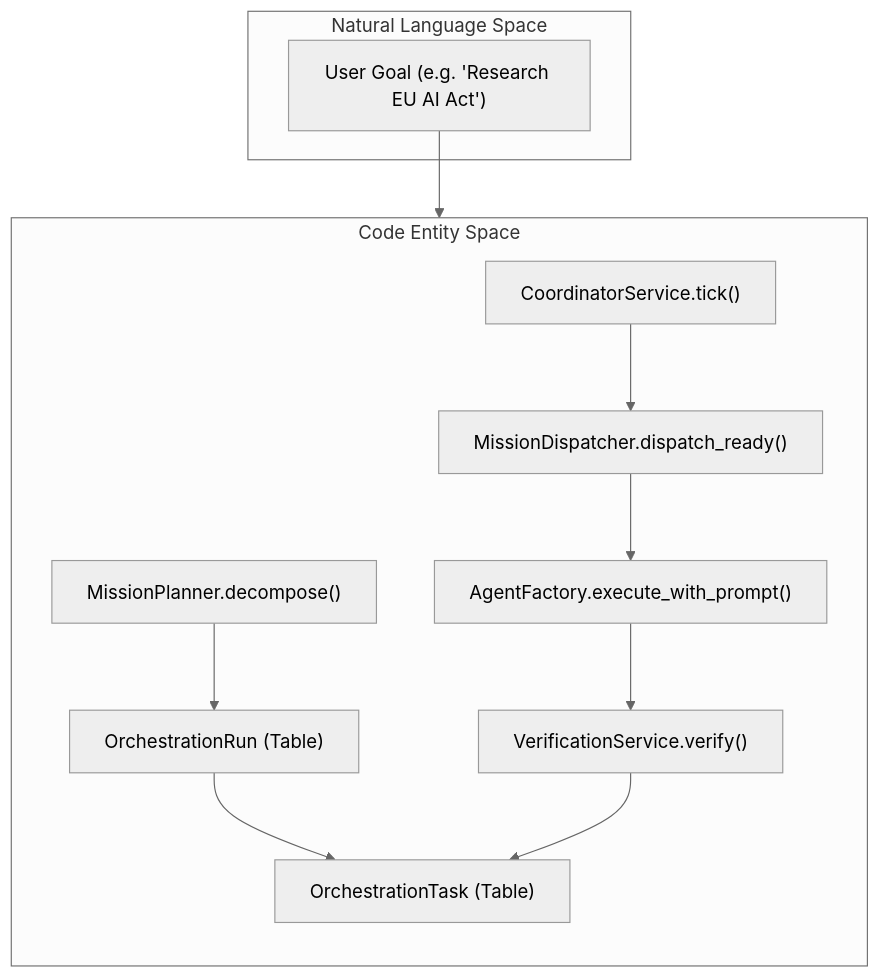
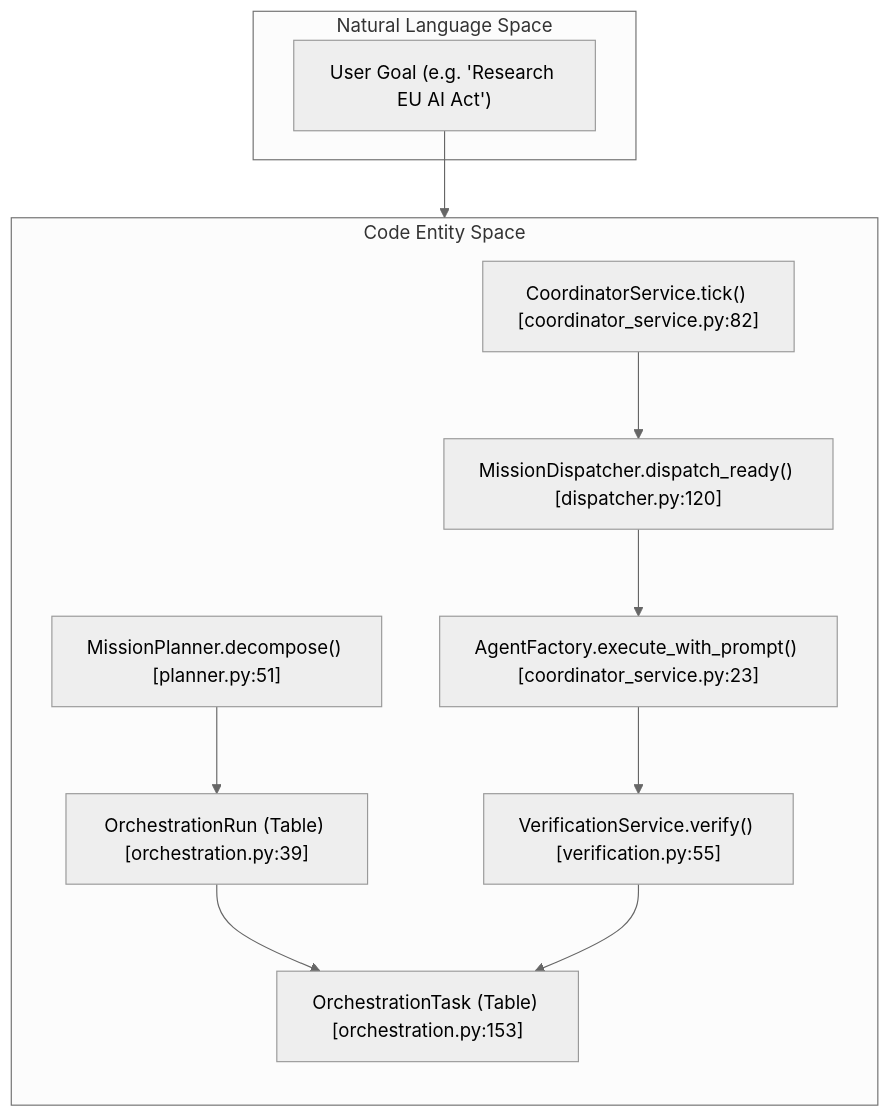
The first of 2 diagrams in docs/missions-multi-agent-coordination/_index.md (AutomatosAI/automatos-ai), drawn with Mermaid (neutral theme) before and after one commit. The commit also changed other lines of this file and 153 other files, not shown here.

````diff
--- a/docs/missions-multi-agent-coordination/_index.md
+++ b/docs/missions-multi-agent-coordination/_index.md
@@ -57,25 +41,25 @@
 ```mermaid
 graph TD
     subgraph "Natural Language Space"
         UserGoal["User Goal (e.g. 'Research EU AI Act')"]
     end
 
     subgraph "Code Entity Space"
         direction TB
-        MissionPlanner["MissionPlanner.decompose()"]
-        OrchRun["OrchestrationRun (Table)"]
-        OrchTask["OrchestrationTask (Table)"]
-        CoordService["CoordinatorService.tick()"]
-        Dispatcher["MissionDispatcher.dispatch_ready()"]
-        AgentExec["AgentFactory.execute_with_prompt()"]
-        Verifier["VerificationService.verify()"]
+        MissionPlanner["MissionPlanner.decompose() [planner.py:51]"]
+        OrchRun["OrchestrationRun (Table) [orchestration.py:39]"]
+        OrchTask["OrchestrationTask (Table) [orchestration.py:153]"]
+        CoordService["CoordinatorService.tick() [coordinator_service.py:82]"]
+        Dispatcher["MissionDispatcher.dispatch_ready() [dispatcher.py:120]"]
+        AgentExec["AgentFactory.execute_with_prompt() [coordinator_service.py:23]"]
+        Verifier["VerificationService.verify() [verification.py:55]"]
     end
 
     UserGoal --> MissionPlanner
     MissionPlanner --> OrchRun
     OrchRun --> OrchTask
     CoordService --> Dispatcher
     Dispatcher --> AgentExec
     AgentExec --> Verifier
     Verifier --> OrchTask
 ```
````
